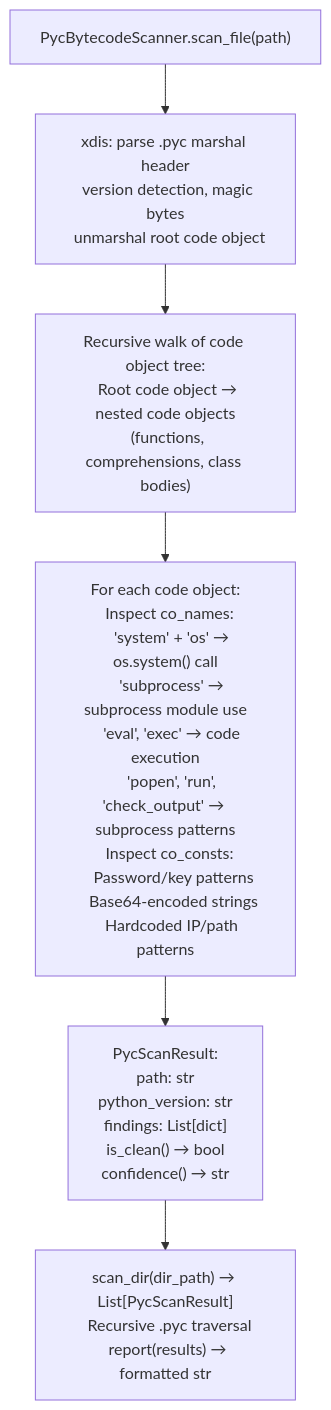
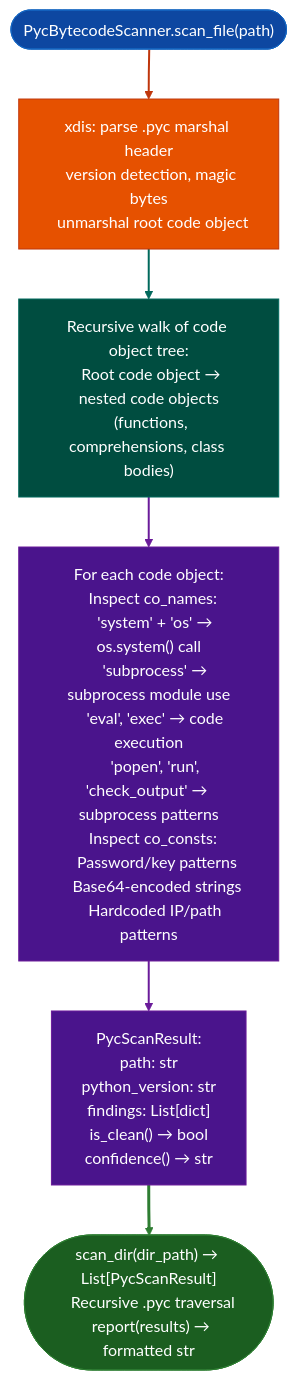
The diagram in docs/reference-modules/python-pyc-scanning.md (Ablation-Tool/ablation), drawn with Mermaid before and after one commit. The commit also changed 320 other files, not shown here.

First line of the commit message:
docs: apply canonical Mermaid template to all 321 diagrams

````diff
--- a/docs/reference-modules/python-pyc-scanning.md
+++ b/docs/reference-modules/python-pyc-scanning.md
@@ -19,8 +19,19 @@
 ```mermaid
 flowchart TD
-    A["PycBytecodeScanner.scan_file(path)"] --> B["xdis: parse .pyc marshal header\n  version detection, magic bytes\n  unmarshal root code object"]
-    B --> C["Recursive walk of code object tree:\n  Root code object → nested code objects\n  (functions, comprehensions, class bodies)"]
-    C --> D["For each code object:\n  Inspect co_names:\n    'system' + 'os' → os.system() call\n    'subprocess' → subprocess module use\n    'eval', 'exec' → code execution\n    'popen', 'run', 'check_output' → subprocess patterns\n  Inspect co_consts:\n    Password/key patterns\n    Base64-encoded strings\n    Hardcoded IP/path patterns"]
-    D --> E["PycScanResult:\n  path: str\n  python_version: str\n  findings: List[dict]\n  is_clean() → bool\n  confidence() → str"]
-    E --> F["scan_dir(dir_path) → List[PycScanResult]\n  Recursive .pyc traversal\n  report(results) → formatted str"]
+    A(["PycBytecodeScanner.scan_file(path)"]):::input --> B["xdis: parse .pyc marshal header\n  version detection, magic bytes\n  unmarshal root code object"]:::primary
+    B:::primary --> C["Recursive walk of code object tree:\n  Root code object → nested code objects\n  (functions, comprehensions, class bodies)"]:::secondary
+    C:::secondary --> D["For each code object:\n  Inspect co_names:\n    'system' + 'os' → os.system() call\n    'subprocess' → subprocess module use\n    'eval', 'exec' → code execution\n    'popen', 'run', 'check_output' → subprocess patterns\n  Inspect co_consts:\n    Password/key patterns\n    Base64-encoded strings\n    Hardcoded IP/path patterns"]:::tertiary
+    D:::tertiary --> E["PycScanResult:\n  path: str\n  python_version: str\n  findings: List[dict]\n  is_clean() → bool\n  confidence() → str"]:::tertiary
+    E:::tertiary --> F(["scan_dir(dir_path) → List[PycScanResult]\n  Recursive .pyc traversal\n  report(results) → formatted str"]):::output
+    classDef input     fill:#0d47a1,stroke:#1565c0,color:#fff
+    classDef primary   fill:#e65100,stroke:#bf360c,color:#fff
+    classDef secondary fill:#004d40,stroke:#00695c,color:#fff
+    classDef tertiary  fill:#4a148c,stroke:#6a1b9a,color:#fff
+    classDef neutral   fill:#37474f,stroke:#546e7a,color:#fff
+    classDef output    fill:#1b5e20,stroke:#2e7d32,color:#fff
+    linkStyle 0 stroke:#bf360c,stroke-width:2px
+    linkStyle 1 stroke:#00695c,stroke-width:2px
+    linkStyle 2 stroke:#6a1b9a,stroke-width:2px
+    linkStyle 3 stroke:#6a1b9a,stroke-width:2px
+    linkStyle 4 stroke:#2e7d32,stroke-width:3px
 ```
````
